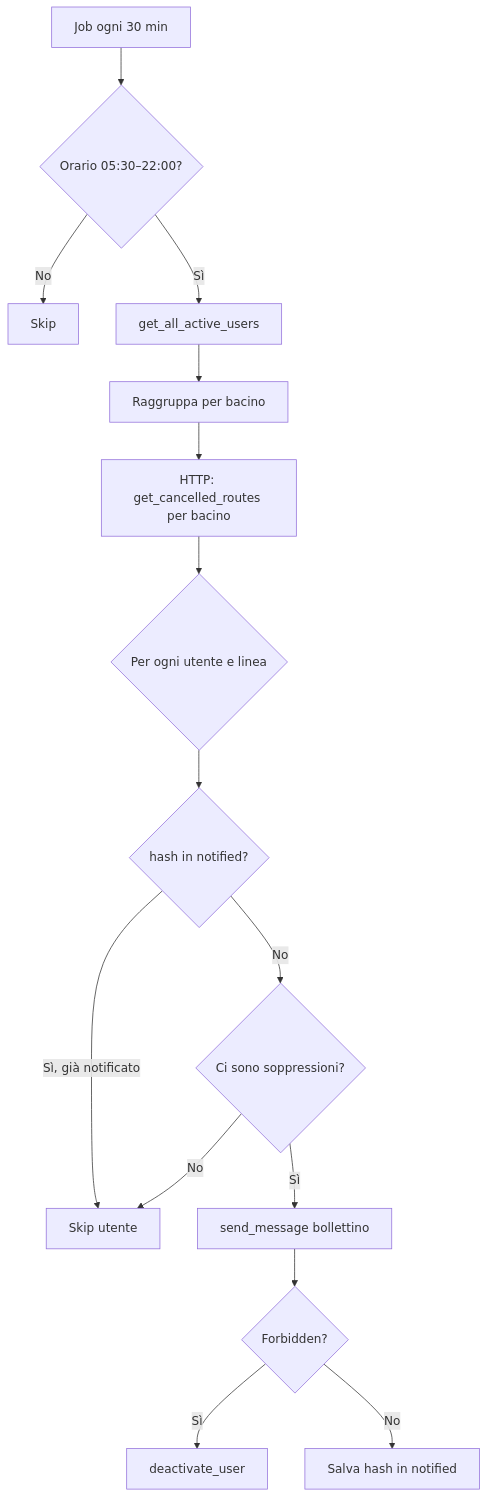
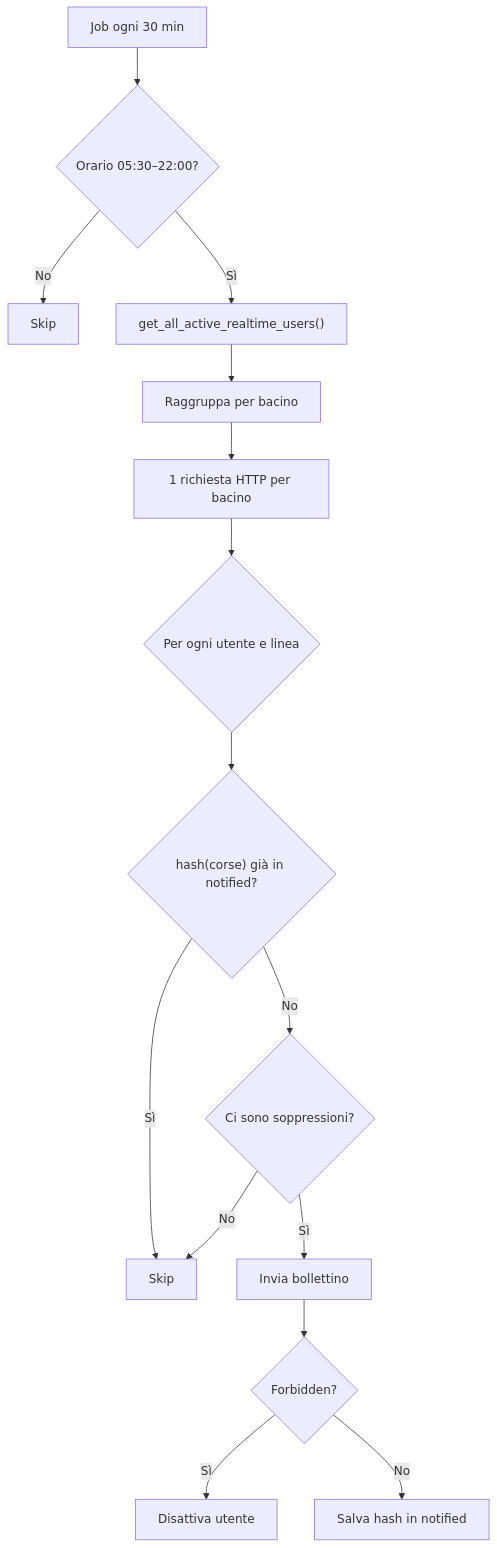
One commit to Ceccaa/BusBot changed the fourth of 6 diagrams in README.md. Above: the diagram before and after it, drawn with Mermaid. The commit also changed other lines of this file and 11 other files, not shown here.

````diff
--- a/README.md
+++ b/README.md
@@ -153,17 +365,17 @@
 ```mermaid
 flowchart TD
     A[Job ogni 30 min] --> B{Orario 05:30–22:00?}
     B -- No --> Z[Skip]
-    B -- Sì --> C[get_all_active_users]
+    B -- Sì --> C["get_all_active_realtime_users()"]
     C --> D[Raggruppa per bacino]
-    D --> E[HTTP: get_cancelled_routes per bacino]
+    D --> E["1 richiesta HTTP per bacino"]
     E --> F{Per ogni utente e linea}
-    F --> G{hash in notified?}
-    G -- Sì, già notificato --> H[Skip utente]
+    F --> G{"hash(corse) già in notified?"}
+    G -- Sì --> H[Skip]
     G -- No --> I{Ci sono soppressioni?}
     I -- No --> H
-    I -- Sì --> J[send_message bollettino]
+    I -- Sì --> J[Invia bollettino]
     J --> K{Forbidden?}
-    K -- Sì --> L[deactivate_user]
+    K -- Sì --> L[Disattiva utente]
     K -- No --> M[Salva hash in notified]
 ```
````
